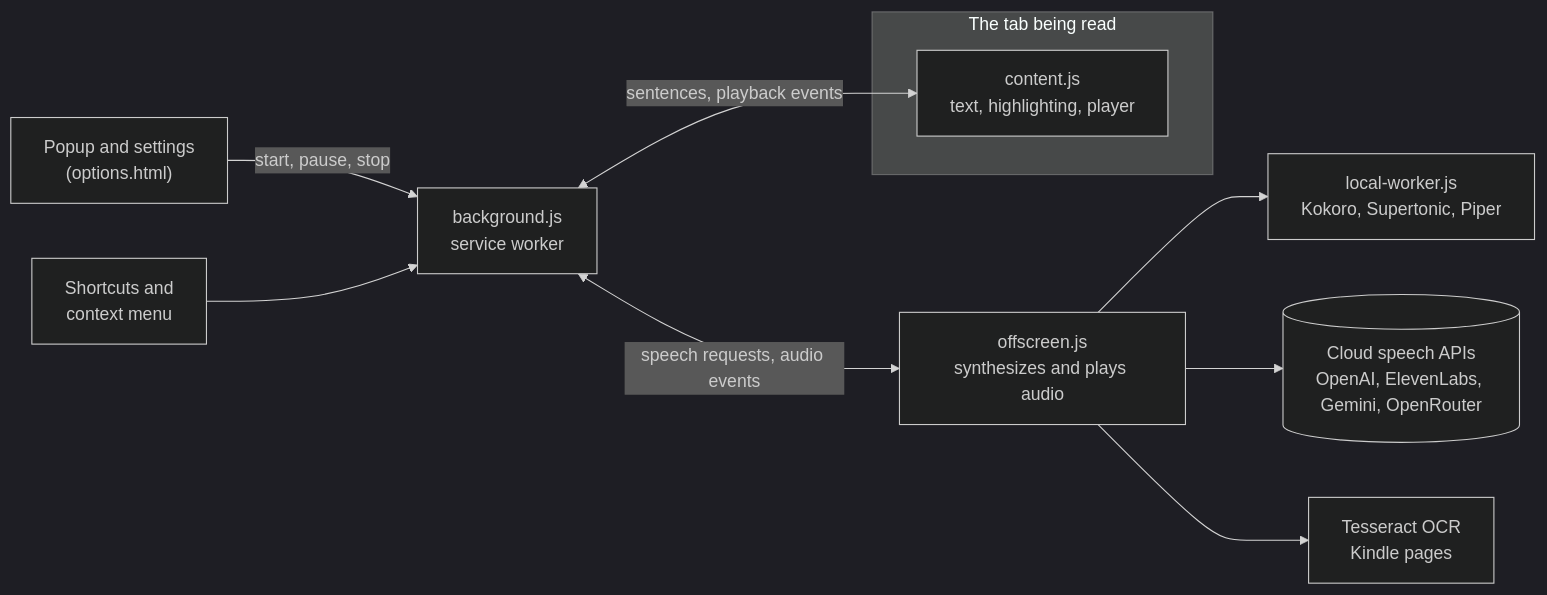
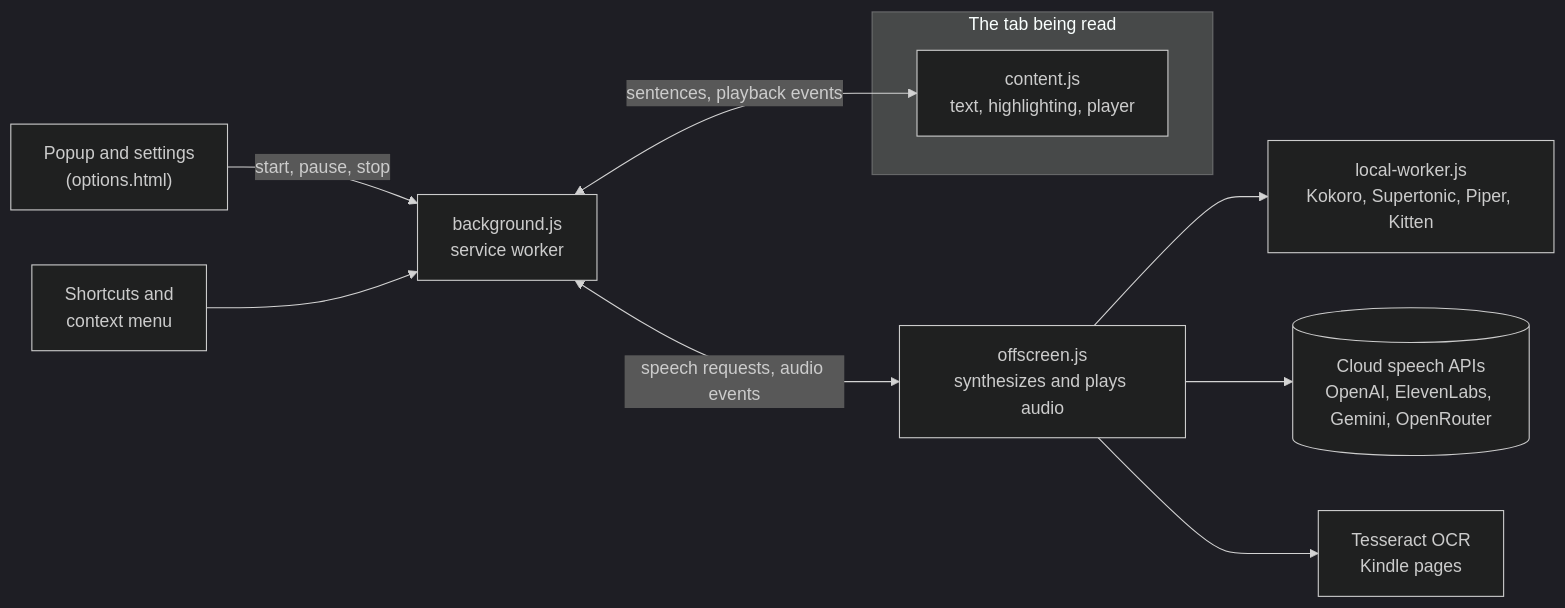
One commit to swrdfish/Narro changed the diagram in README.md. Above: the diagram before and after it, drawn with Mermaid (dark theme). The commit also changed other lines of this file and 12 other files, not shown here.

````diff
--- a/README.md
+++ b/README.md
@@ -177,13 +179,13 @@
 ```mermaid
 flowchart LR
   UI["Popup and settings<br/>(options.html)"] -->|start, pause, stop| BG
   KEYS["Shortcuts and<br/>context menu"] --> BG
   BG["background.js<br/>service worker"] <-->|sentences, playback events| CS
   subgraph TAB["The tab being read"]
     CS["content.js<br/>text, highlighting, player"]
   end
   BG <-->|speech requests, audio events| OFF["offscreen.js<br/>synthesizes and plays audio"]
-  OFF --> LW["local-worker.js<br/>Kokoro, Supertonic, Piper"]
+  OFF --> LW["local-worker.js<br/>Kokoro, Supertonic, Piper, Kitten"]
   OFF --> CLOUD[("Cloud speech APIs<br/>OpenAI, ElevenLabs, Gemini, OpenRouter")]
   OFF --> OCR["Tesseract OCR<br/>Kindle pages"]
 ```
````
